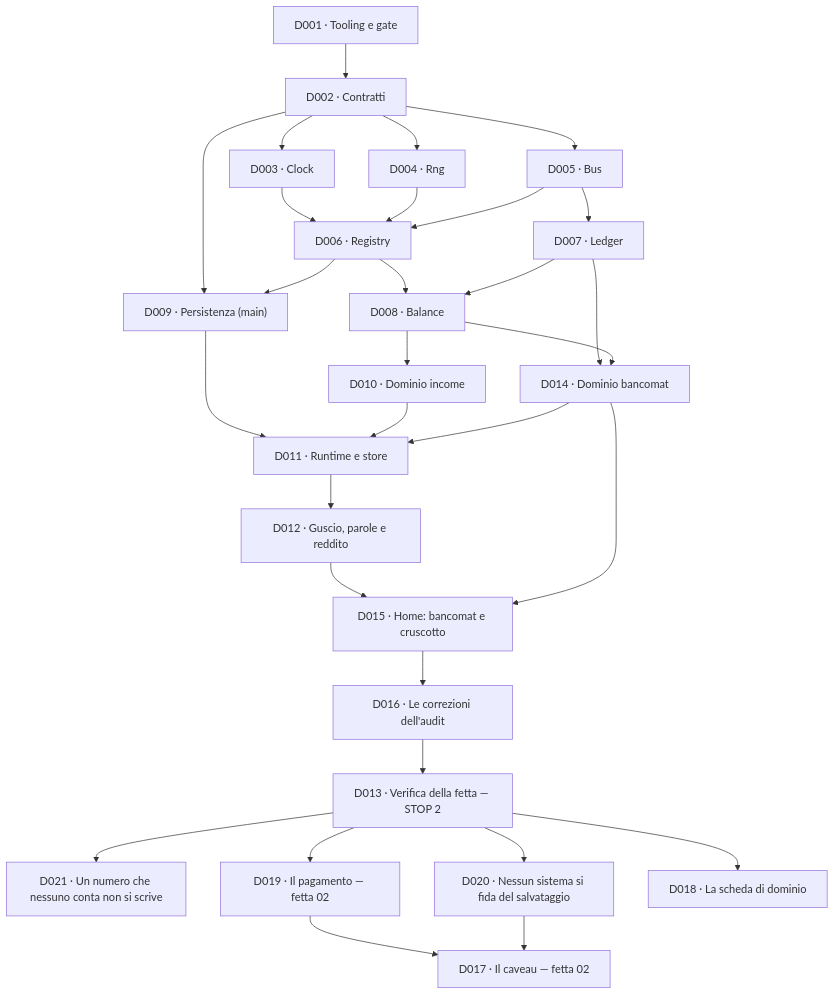
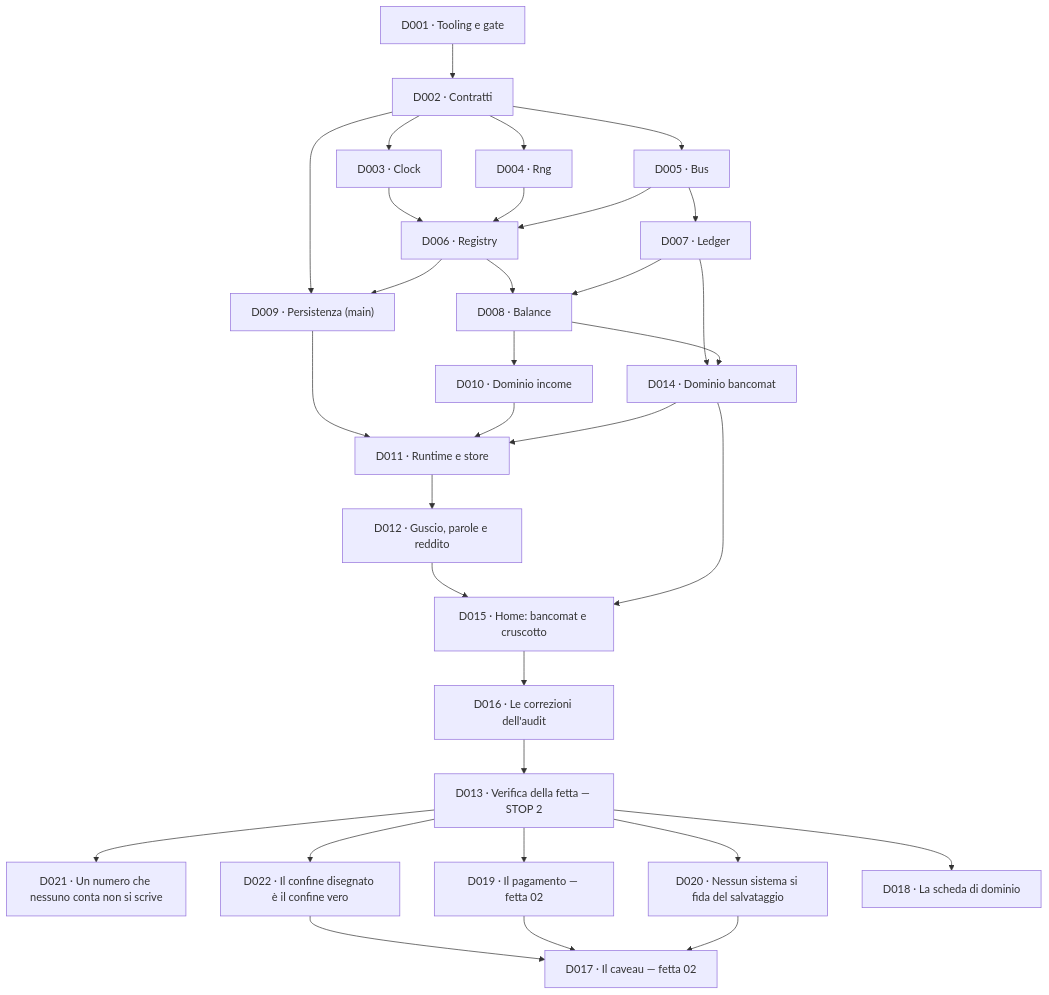
Before and after one commit to devfrx/solvent: the diagram in docs/delega/README.md, drawn with Mermaid. The commit also changed other lines of this file and 11 other files, not shown here.

First line of the commit message:
test(D022): il confine disegnato e' il confine vero

````diff
--- a/docs/delega/README.md
+++ b/docs/delega/README.md
@@ -60,32 +60,34 @@
 ```mermaid
 flowchart TD
   D001["D001 · Tooling e gate"] --> D002["D002 · Contratti"]
   D002 --> D003["D003 · Clock"]
   D002 --> D004["D004 · Rng"]
   D002 --> D005["D005 · Bus"]
   D003 --> D006["D006 · Registry"]
   D004 --> D006
   D005 --> D006
   D005 --> D007["D007 · Ledger"]
   D006 --> D008["D008 · Balance"]
   D007 --> D008
   D002 --> D009["D009 · Persistenza (main)"]
   D006 --> D009
   D008 --> D010["D010 · Dominio income"]
   D007 --> D014["D014 · Dominio bancomat"]
   D008 --> D014
   D009 --> D011["D011 · Runtime e store"]
   D010 --> D011
   D014 --> D011
   D011 --> D012["D012 · Guscio, parole e reddito"]
   D012 --> D015["D015 · Home: bancomat e cruscotto"]
   D014 --> D015
   D015 --> D016["D016 · Le correzioni dell'audit"]
   D016 --> D013["D013 · Verifica della fetta — STOP 2"]
   D013 --> D021["D021 · Un numero che nessuno conta non si scrive"]
+  D013 --> D022["D022 · Il confine disegnato è il confine vero"]
+  D022 --> D017
   D013 --> D019["D019 · Il pagamento — fetta 02"]
   D013 --> D020["D020 · Nessun sistema si fida del salvataggio"]
   D019 --> D017["D017 · Il caveau — fetta 02"]
   D020 --> D017
   D013 --> D018["D018 · La scheda di dominio"]
 ```
````
